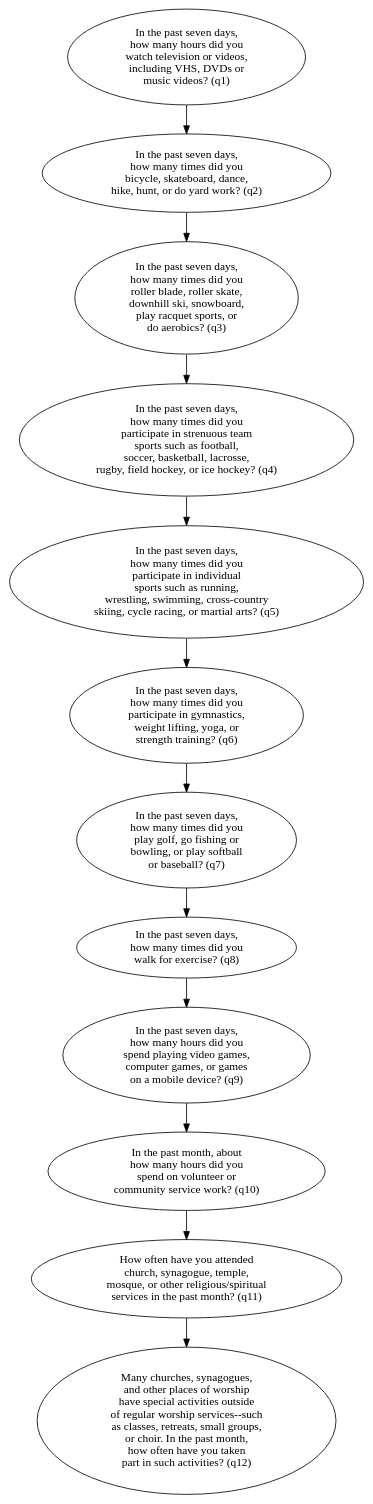
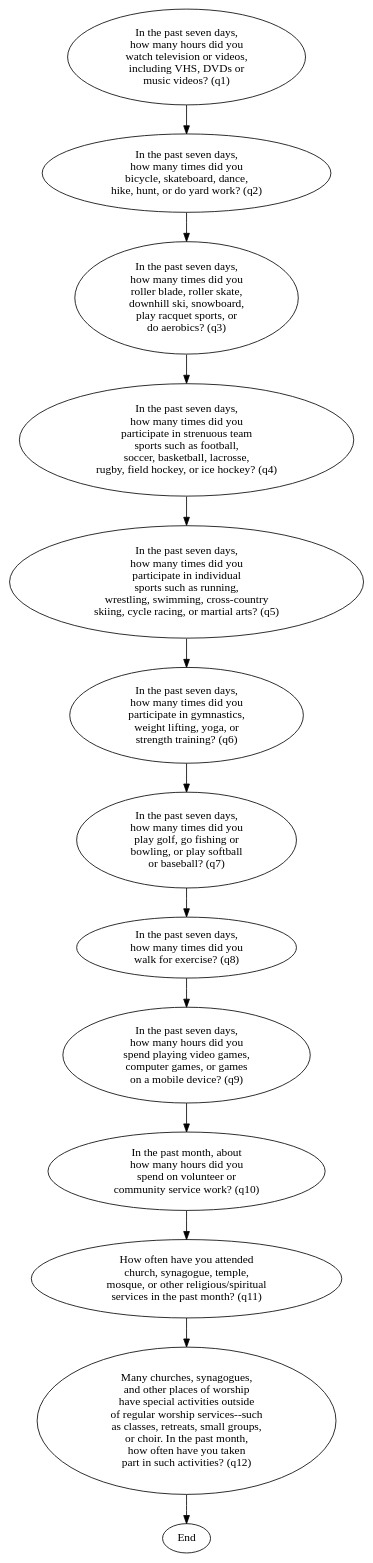
Before and after one commit to dbrazel/cotwins-flowcharts: the diagram in extracurricular_activities.dot, drawn with Graphviz. The commit also changed 3 other files, not shown here.

```diff
--- a/extracurricular_activities.dot
+++ b/extracurricular_activities.dot
@@ -1,28 +1,30 @@
 digraph {
 	//Nodes (Questions)
 	q1[label="In the past seven days,\nhow many hours did you\nwatch television or videos,\nincluding VHS, DVDs or\nmusic videos? (q1)"]
 	q2[label="In the past seven days,\nhow many times did you\nbicycle, skateboard, dance,\nhike, hunt, or do yard work? (q2)"]
 	q3[label="In the past seven days,\nhow many times did you\nroller blade, roller skate,\ndownhill ski, snowboard,\nplay racquet sports, or\ndo aerobics? (q3)"]
 	q4[label="In the past seven days,\nhow many times did you\nparticipate in strenuous team\nsports such as football,\nsoccer, basketball, lacrosse,\nrugby, field hockey, or ice hockey? (q4)"]
 	q5[label="In the past seven days,\nhow many times did you\nparticipate in individual\nsports such as running,\nwrestling, swimming, cross-country\nskiing, cycle racing, or martial arts? (q5)"]
 	q6[label="In the past seven days,\nhow many times did you\nparticipate in gymnastics,\nweight lifting, yoga, or\nstrength training? (q6)"]
 	q7[label="In the past seven days,\nhow many times did you\nplay golf, go fishing or\nbowling, or play softball\nor baseball? (q7)"]
 	q8[label="In the past seven days,\nhow many times did you\nwalk for exercise? (q8)"]
 	q9[label="In the past seven days,\nhow many hours did you\nspend playing video games,\ncomputer games, or games\non a mobile device? (q9)"]
 	q10[label="In the past month, about\nhow many hours did you\nspend on volunteer or\ncommunity service work? (q10)"]
 	q11[label="How often have you attended\nchurch, synagogue, temple,\nmosque, or other religious/spiritual\nservices in the past month? (q11)"]
 	q12[label="Many churches, synagogues,\nand other places of worship\nhave special activities outside\nof regular worship services--such\nas classes, retreats, small groups,\nor choir. In the past month,\nhow often have you taken\npart in such activities? (q12)"]
+	End
 
 	//Edges (Routing Logic)
 	q1 -> q2
 	q2 -> q3
 	q3 -> q4
 	q4 -> q5
 	q5 -> q6
 	q6 -> q7
 	q7 -> q8
 	q8 -> q9
 	q9 -> q10
 	q10 -> q11
 	q11 -> q12
+	q12 -> End
 }
```
